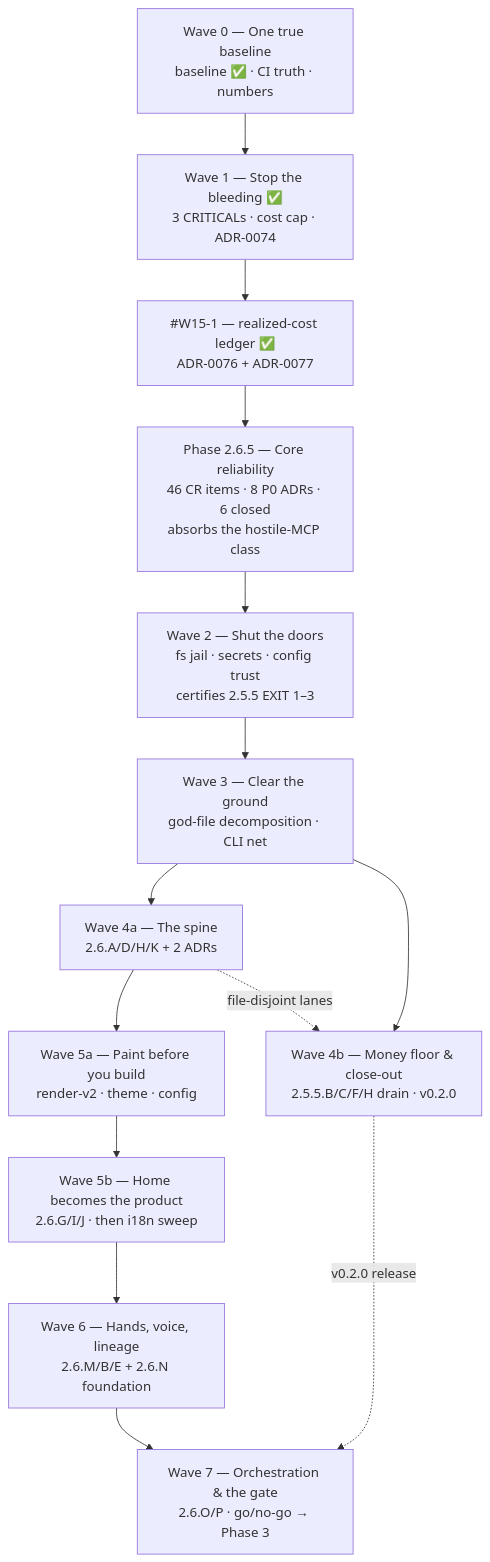
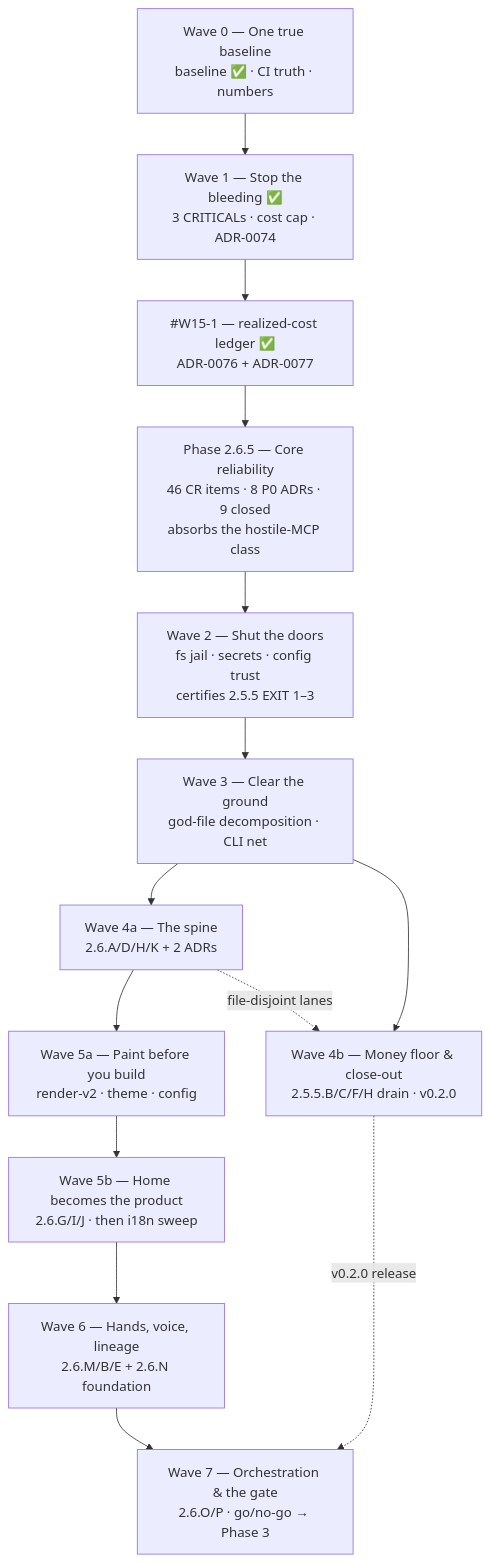
The diagram in docs/roadmap/current.md (HodeTech/Relavium), drawn with Mermaid before and after one commit. The commit also changed 8 other files, not shown here.

````diff
--- a/docs/roadmap/current.md
+++ b/docs/roadmap/current.md
@@ -88,19 +88,19 @@
 ```mermaid
 flowchart TD
     W0["Wave 0 — One true baseline<br/>baseline ✅ · CI truth · numbers"]
     W1["Wave 1 — Stop the bleeding ✅<br/>3 CRITICALs · cost cap · ADR-0074"]
     LEDGER["#W15-1 — realized-cost ledger ✅<br/>ADR-0076 + ADR-0077"]
-    P265["Phase 2.6.5 — Core reliability<br/>46 CR items · 8 P0 ADRs · 6 closed<br/>absorbs the hostile-MCP class"]
+    P265["Phase 2.6.5 — Core reliability<br/>46 CR items · 8 P0 ADRs · 9 closed<br/>absorbs the hostile-MCP class"]
     W2["Wave 2 — Shut the doors<br/>fs jail · secrets · config trust<br/>certifies 2.5.5 EXIT 1–3"]
     W3["Wave 3 — Clear the ground<br/>god-file decomposition · CLI net"]
     W4a["Wave 4a — The spine<br/>2.6.A/D/H/K + 2 ADRs"]
     W4b["Wave 4b — Money floor & close-out<br/>2.5.5.B/C/F/H drain · v0.2.0"]
     W5a["Wave 5a — Paint before you build<br/>render-v2 · theme · config"]
     W5b["Wave 5b — Home becomes the product<br/>2.6.G/I/J · then i18n sweep"]
     W6["Wave 6 — Hands, voice, lineage<br/>2.6.M/B/E + 2.6.N foundation"]
     W7["Wave 7 — Orchestration & the gate<br/>2.6.O/P · go/no-go → Phase 3"]
     W0 --> W1 --> LEDGER --> P265 --> W2 --> W3 --> W4a --> W5a --> W5b --> W6 --> W7
     W3 --> W4b
     W4b -.->|v0.2.0 release| W7
     W4a -.->|file-disjoint lanes| W4b
 ```
````
